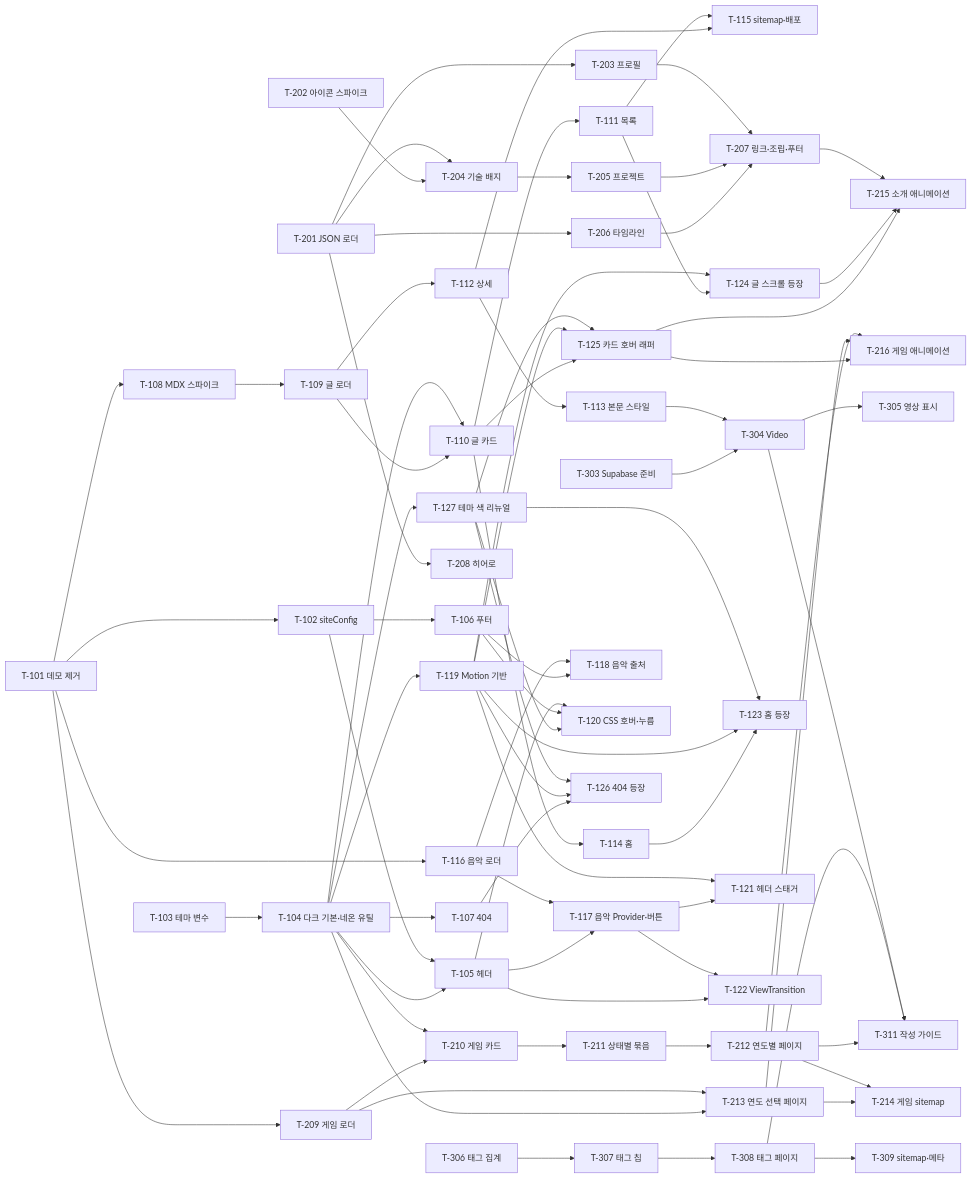
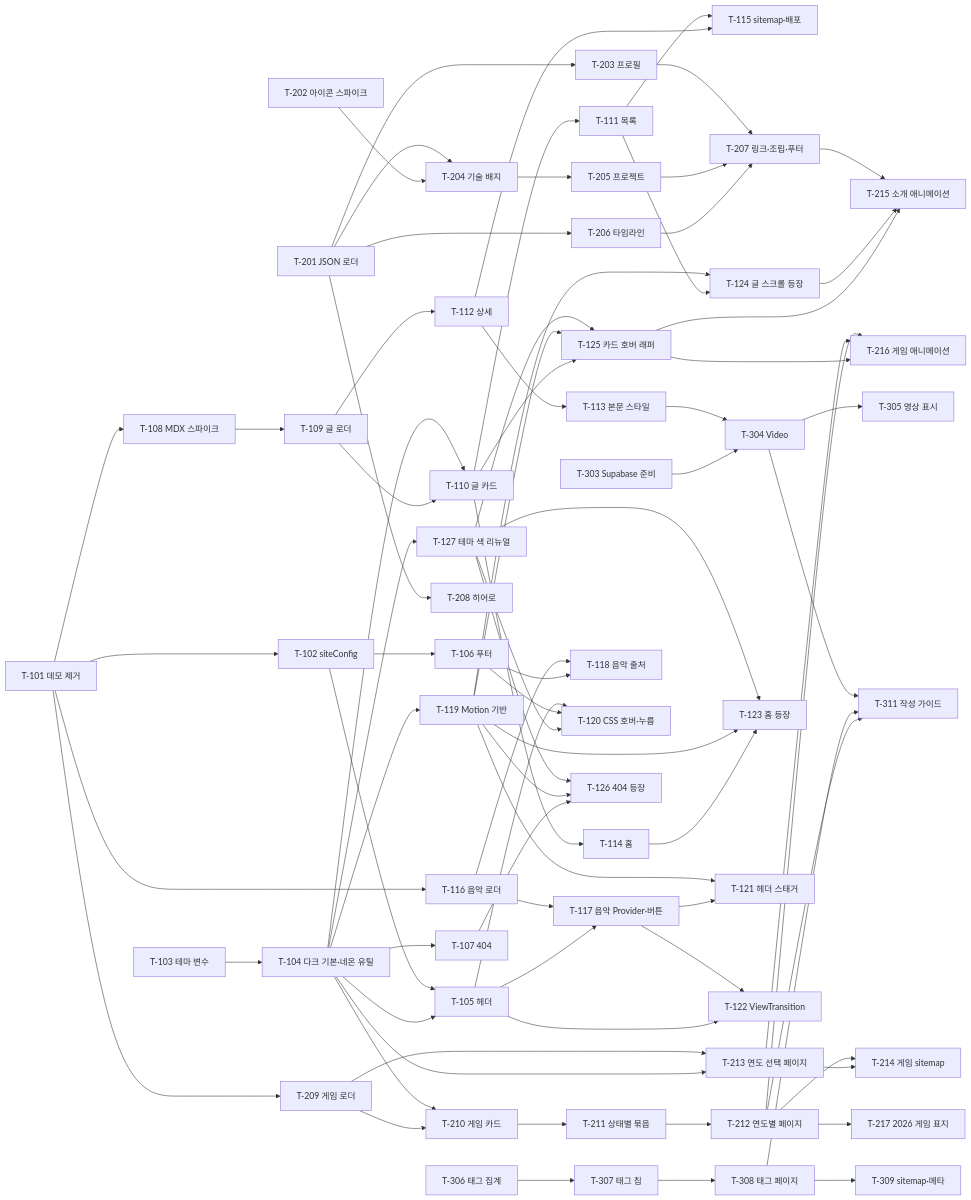
Before and after one commit to GameDev-HanS/gamedev-hans.github.io: the diagram in .claude/docs/ROADMAP.md, drawn with Mermaid. The commit also changed other lines of this file and 13 other files, not shown here.

````diff
--- a/.claude/docs/ROADMAP.md
+++ b/.claude/docs/ROADMAP.md
@@ -301,80 +311,81 @@
 ```mermaid
 graph LR
   T101[T-101 데모 제거] --> T102[T-102 siteConfig]
   T101 --> T108[T-108 MDX 스파이크]
   T103[T-103 테마 변수] --> T104[T-104 다크 기본·네온 유틸]
   T102 --> T105[T-105 헤더]
   T104 --> T105
   T102 --> T106[T-106 푸터]
   T104 --> T107[T-107 404]
   T108 --> T109[T-109 글 로더]
   T104 --> T110[T-110 글 카드]
   T109 --> T110
   T110 --> T111[T-111 목록]
   T109 --> T112[T-112 상세]
   T112 --> T113[T-113 본문 스타일]
   T110 --> T114[T-114 홈]
   T111 --> T115[T-115 sitemap·배포]
   T112 --> T115
 
   T201[T-201 JSON 로더] --> T203[T-203 프로필]
   T201 --> T204[T-204 기술 배지]
   T202[T-202 아이콘 스파이크] --> T204
   T204 --> T205[T-205 프로젝트]
   T201 --> T206[T-206 타임라인]
   T203 --> T207[T-207 링크·조립·푸터]
   T205 --> T207
   T206 --> T207
   T201 --> T208[T-208 히어로]
   T101 --> T209[T-209 게임 로더]
   T104 --> T210[T-210 게임 카드]
   T209 --> T210
   T210 --> T211[T-211 상태별 묶음]
   T211 --> T212[T-212 연도별 페이지]
   T209 --> T213[T-213 연도 선택 페이지]
   T104 --> T213
   T212 --> T214[T-214 게임 sitemap]
   T213 --> T214
+  T212 --> T217[T-217 2026 게임 표지]
 
   T113 --> T304[T-304 Video]
   T303[T-303 Supabase 준비] --> T304
   T304 --> T305[T-305 영상 표시]
   T306[T-306 태그 집계] --> T307[T-307 태그 칩]
   T307 --> T308[T-308 태그 페이지]
   T308 --> T309[T-309 sitemap·메타]
   T304 --> T311[T-311 작성 가이드]
   T308 --> T311
   T212 --> T311
 
   T101 --> T116[T-116 음악 로더]
   T116 --> T117[T-117 음악 Provider·버튼]
   T105 --> T117
   T116 --> T118[T-118 음악 출처]
   T106 --> T118
   T104 --> T127[T-127 테마 색 리뉴얼]
   T104 --> T119[T-119 Motion 기반]
   T105 --> T120[T-120 CSS 호버·누름]
   T106 --> T120
   T127 --> T120
   T127 --> T123
   T127 --> T125
   T127 --> T126
   T119 --> T121[T-121 헤더 스태거]
   T117 --> T121
   T117 --> T122[T-122 ViewTransition]
   T105 --> T122
   T119 --> T123[T-123 홈 등장]
   T114 --> T123
   T119 --> T124[T-124 글 스크롤 등장]
   T111 --> T124
   T119 --> T125[T-125 카드 호버 래퍼]
   T110 --> T125
   T119 --> T126[T-126 404 등장]
   T107 --> T126
   T207 --> T215[T-215 소개 애니메이션]
   T124 --> T215
   T125 --> T215
   T212 --> T216[T-216 게임 애니메이션]
   T213 --> T216
   T125 --> T216
 ```
````
